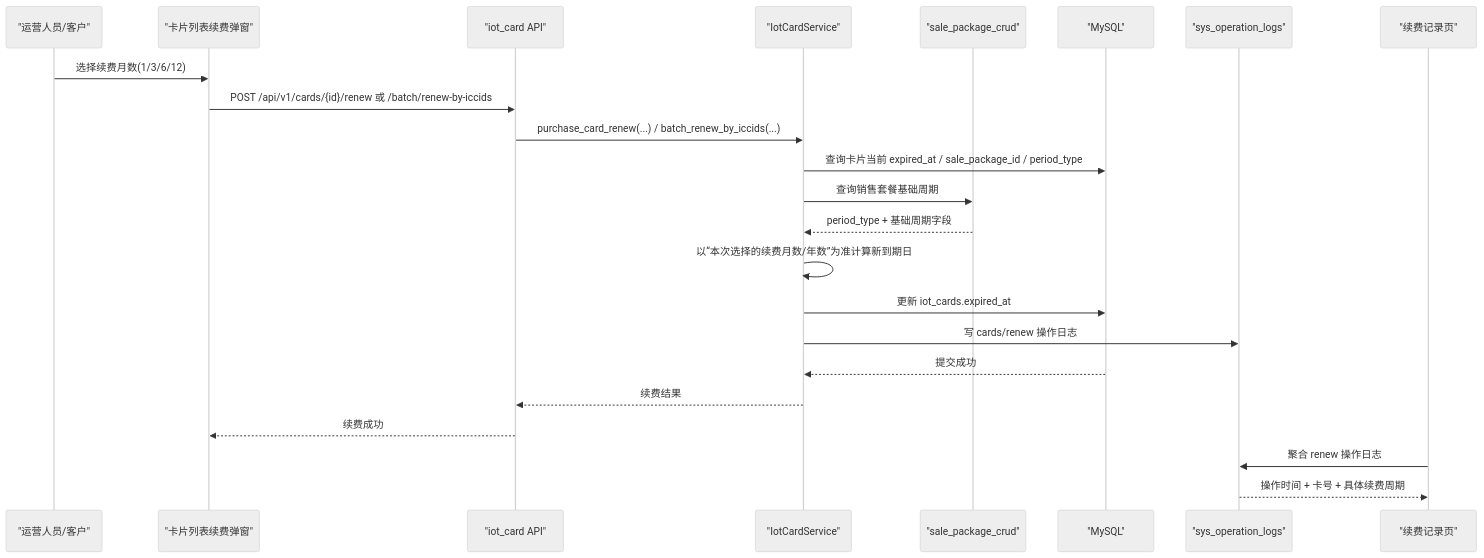
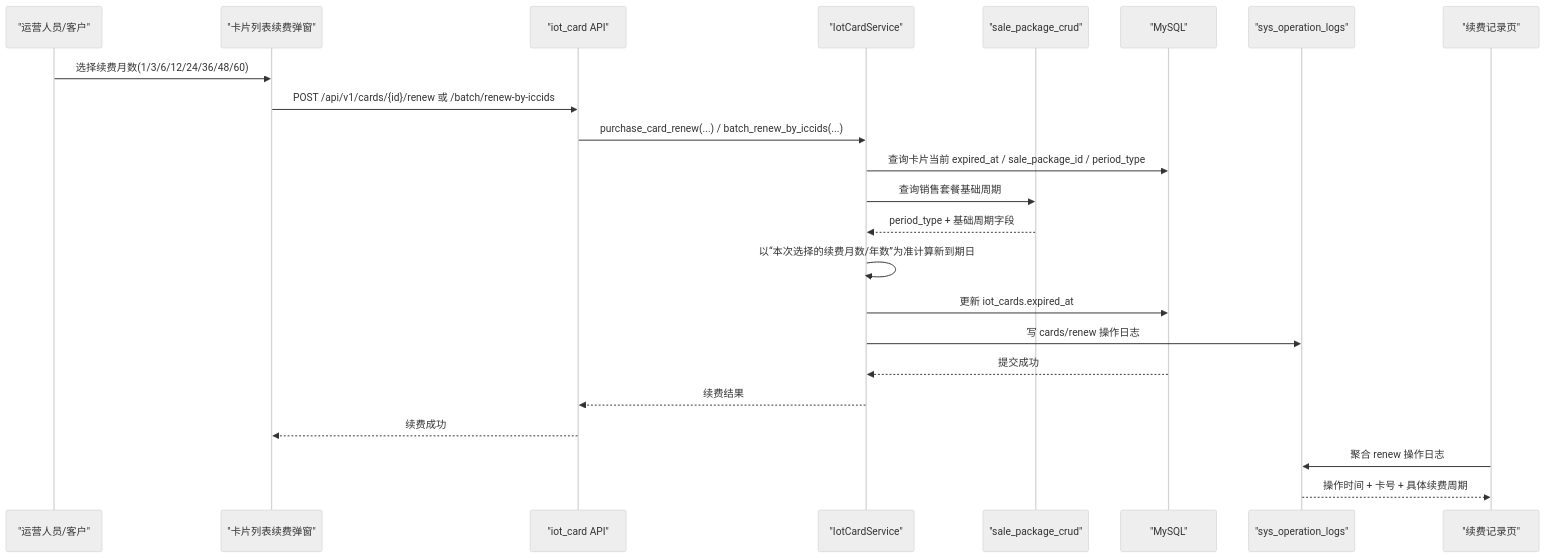
One commit to bobihaha/goodman changed the fourth of 5 diagrams in iot_card_platform/docs/KEY_WORKFLOWS_SEQUENCE.md. Above: the diagram before and after it, drawn with Mermaid (neutral theme). The commit also changed 9 other files, not shown here.

````diff
--- a/iot_card_platform/docs/KEY_WORKFLOWS_SEQUENCE.md
+++ b/iot_card_platform/docs/KEY_WORKFLOWS_SEQUENCE.md
@@ -174,26 +174,26 @@
 ```mermaid
 sequenceDiagram
     participant U as "运营人员/客户"
     participant FE as "卡片列表续费弹窗"
     participant API as "iot_card API"
     participant SVC as "IotCardService"
     participant PKG as "sale_package_crud"
     participant DB as "MySQL"
     participant LOG as "sys_operation_logs"
     participant RPT as "续费记录页"
 
-    U->>FE: 选择续费月数(1/3/6/12)
+    U->>FE: 选择续费月数(1/3/6/12/24/36/48/60)
     FE->>API: POST /api/v1/cards/{id}/renew 或 /batch/renew-by-iccids
     API->>SVC: purchase_card_renew(...) / batch_renew_by_iccids(...)
     SVC->>DB: 查询卡片当前 expired_at / sale_package_id / period_type
     SVC->>PKG: 查询销售套餐基础周期
     PKG-->>SVC: period_type + 基础周期字段
     SVC->>SVC: 以“本次选择的续费月数/年数”为准计算新到期日
     SVC->>DB: 更新 iot_cards.expired_at
     SVC->>LOG: 写 cards/renew 操作日志
     DB-->>SVC: 提交成功
     SVC-->>API: 续费结果
     API-->>FE: 续费成功
     RPT->>LOG: 聚合 renew 操作日志
     LOG-->>RPT: 操作时间 + 卡号 + 具体续费周期
 ```
````
